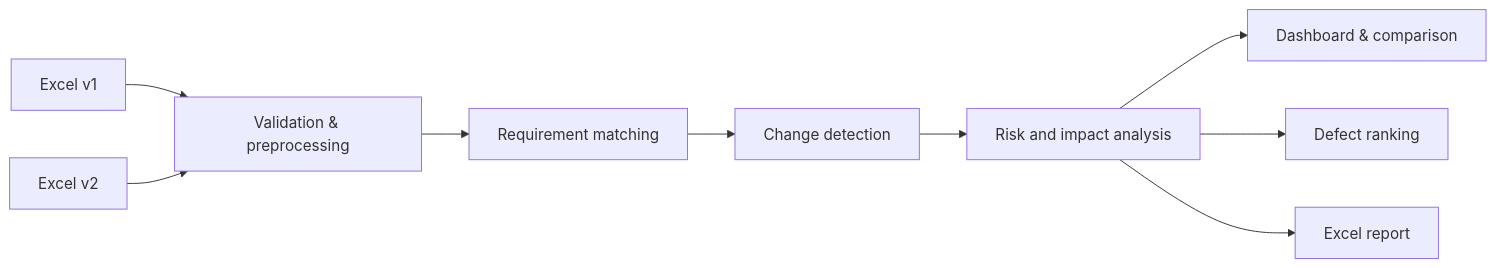
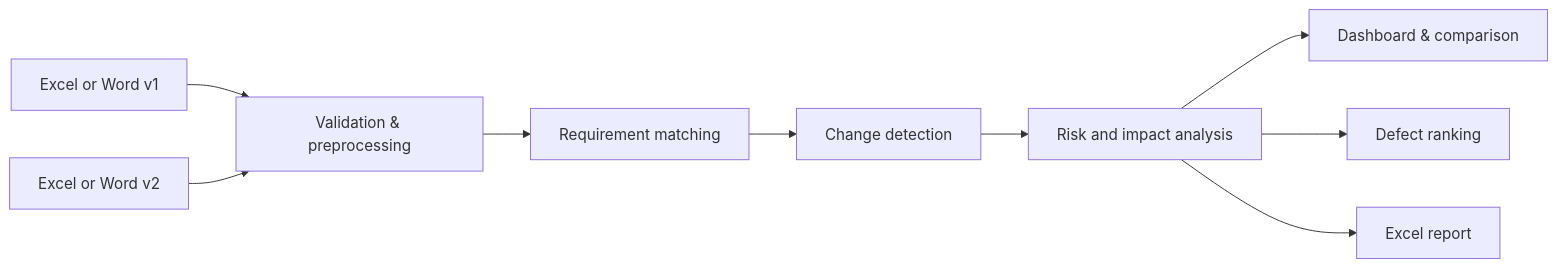
One commit to GamzeNurAslan/scopediff-ai changed the diagram in README.md. Above: the diagram before and after it, drawn with Mermaid. The commit also changed other lines of this file and 15 other files, not shown here.

````diff
--- a/README.md
+++ b/README.md
@@ -58,11 +59,11 @@
 ```mermaid
 flowchart LR
-    A[Excel v1] --> C[Validation & preprocessing]
-    B[Excel v2] --> C
+    A[Excel or Word v1] --> C[Validation & preprocessing]
+    B[Excel or Word v2] --> C
     C --> D[Requirement matching]
     D --> E[Change detection]
     E --> F[Risk and impact analysis]
     F --> G[Dashboard & comparison]
     F --> H[Defect ranking]
     F --> I[Excel report]
 ```
````
